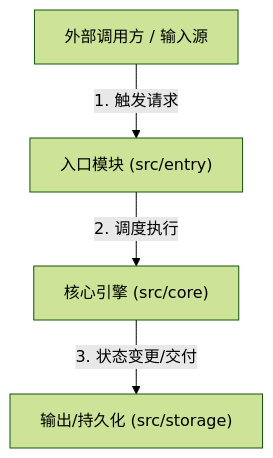
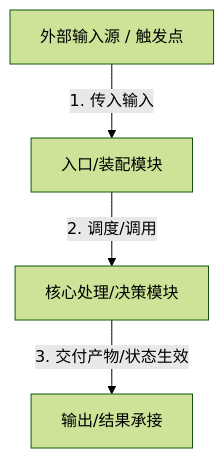
The diagram in templates/ARCHITECTURE.md (Asstar-X/repo-mentor), drawn with Mermaid (forest theme) before and after one commit. The commit also changed other lines of this file and 7 other files, not shown here.

````diff
--- a/templates/ARCHITECTURE.md
+++ b/templates/ARCHITECTURE.md
@@ -58,6 +58,6 @@
 ```mermaid
 graph TD
-    Client["外部调用方 / 输入源"] -->|"1. 触发请求"| Entry["入口模块 (src/entry)"]
-    Entry -->|"2. 调度执行"| CoreEngine["核心引擎 (src/core)"]
-    CoreEngine -->|"3. 状态变更/交付"| Sink["输出/持久化 (src/storage)"]
+    Source["外部输入源 / 触发点"] -->|"1. 传入输入"| ComponentA["入口/装配模块"]
+    ComponentA -->|"2. 调度/调用"| ComponentB["核心处理/决策模块"]
+    ComponentB -->|"3. 交付产物/状态生效"| Target["输出/结果承接"]
 ```
````
